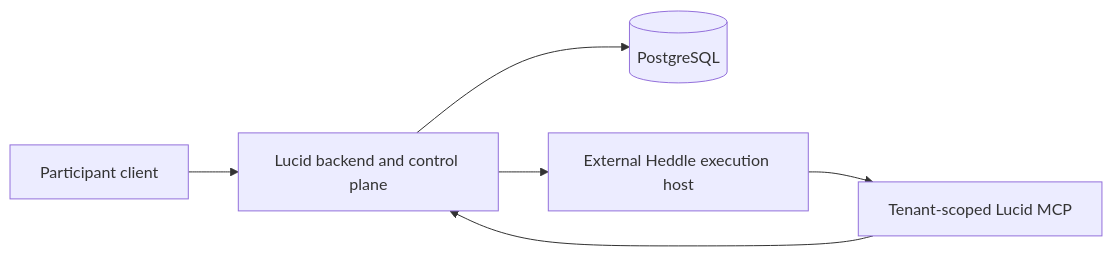
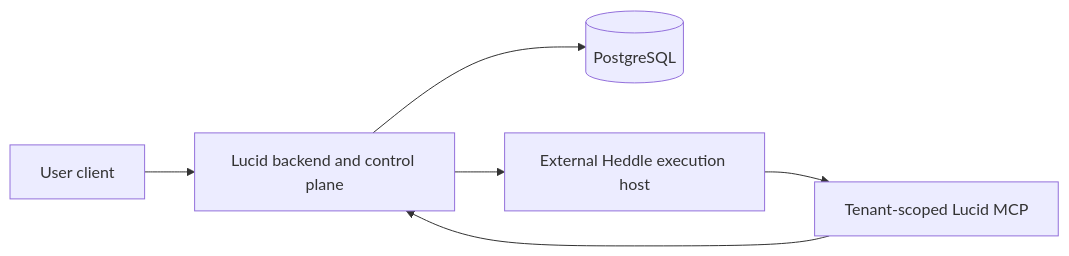
One commit to roackb2/lucid changed the diagram in docs/hosted-execution.md. Above: the diagram before and after it, drawn with Mermaid. The commit also changed other lines of this file and 117 other files, not shown here.

````diff
--- a/docs/hosted-execution.md
+++ b/docs/hosted-execution.md
@@ -81,8 +81,8 @@
 ```mermaid
 flowchart LR
-  Client["Participant client"] --> Backend["Lucid backend and control plane"]
+  Client["User client"] --> Backend["Lucid backend and control plane"]
   Backend --> Database[("PostgreSQL")]
   Backend --> Runtime["External Heddle execution host"]
   Runtime --> MCP["Tenant-scoped Lucid MCP"]
   MCP --> Backend
 ```
````
